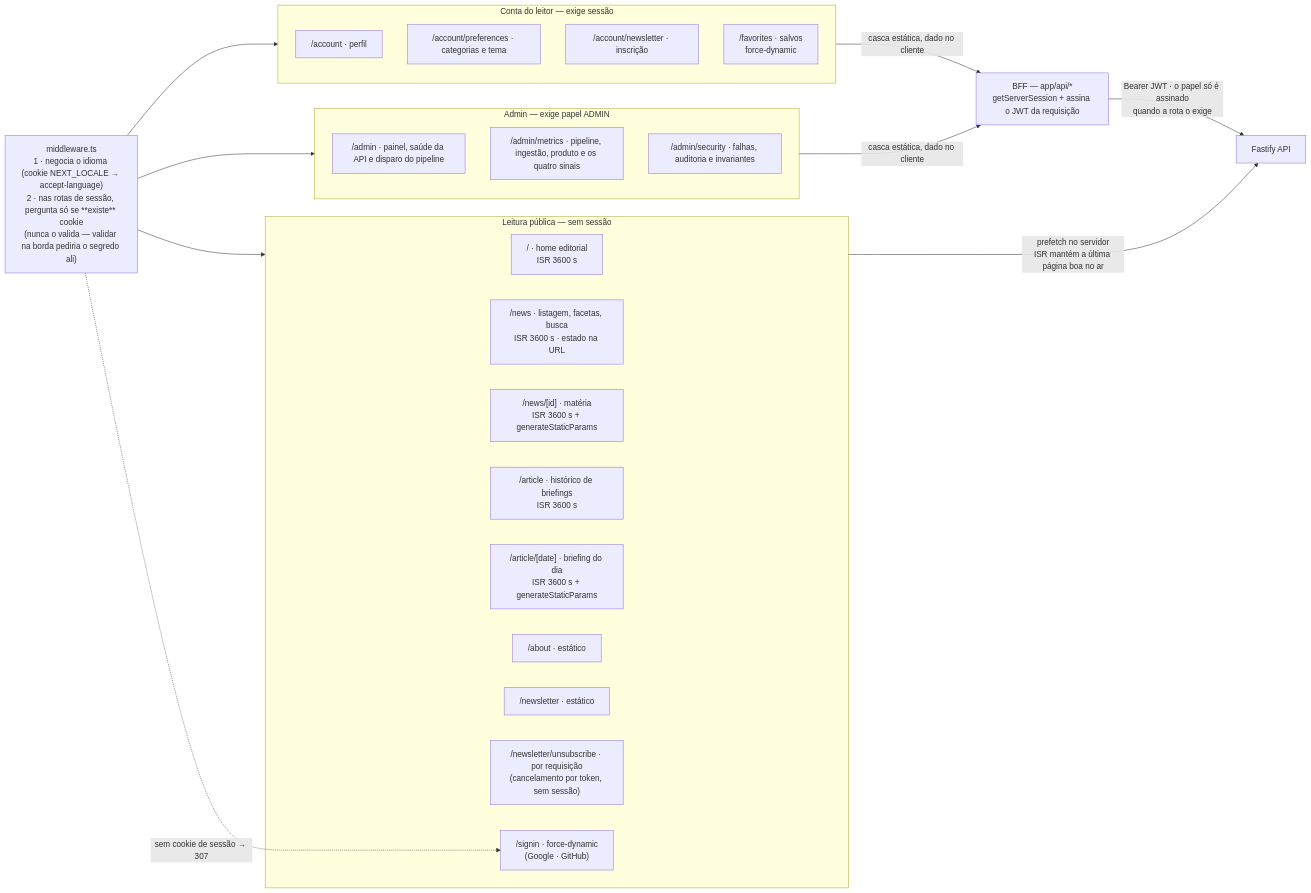
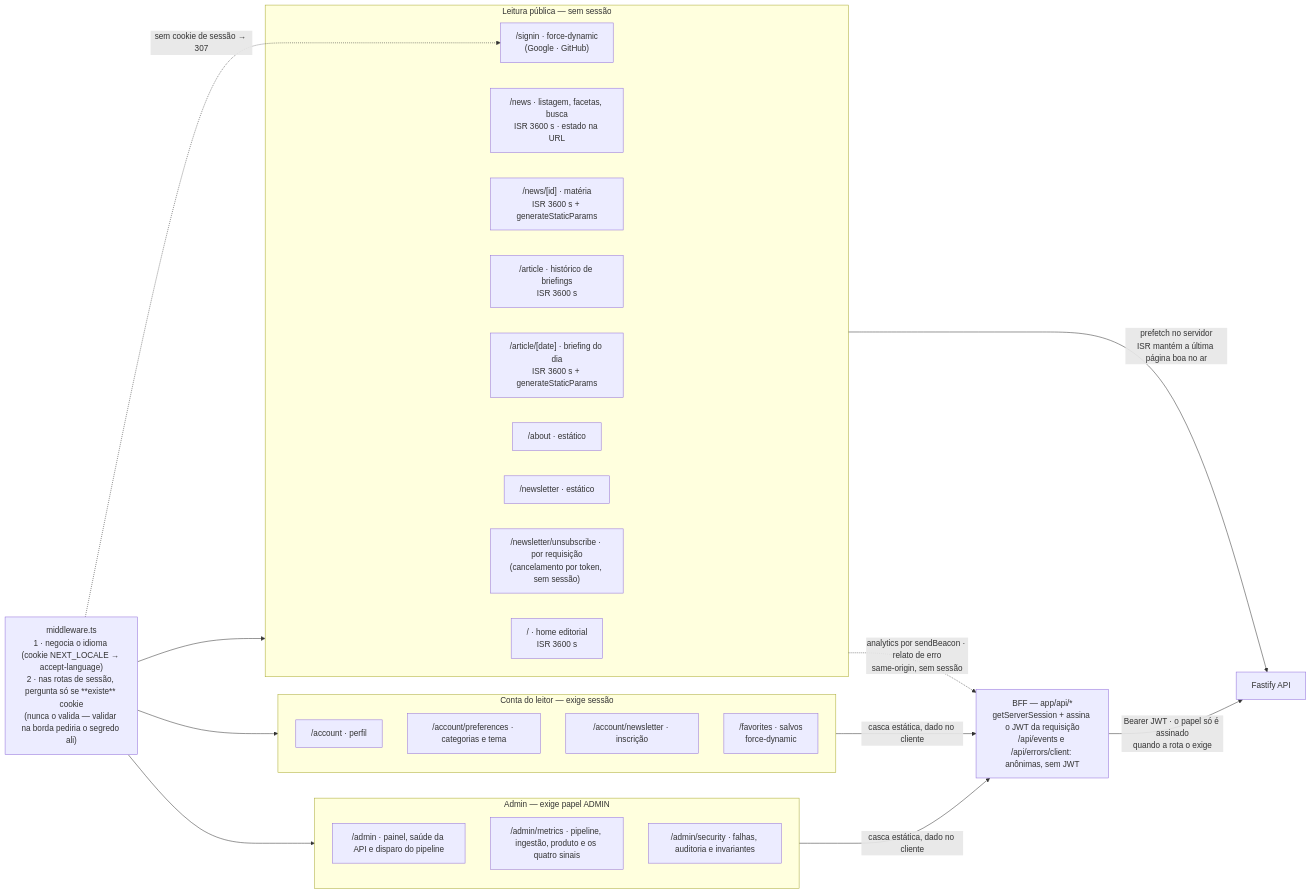
Before and after one commit to tavinholoco/newra-news: the diagram in docs/diagrams/frontend-routes.mermaid, drawn with Mermaid. The commit also changed 4 other files, not shown here.

```diff
--- a/docs/diagrams/frontend-routes.mermaid
+++ b/docs/diagrams/frontend-routes.mermaid
@@ -1,49 +1,50 @@
 %% Mapa de Rotas do Frontend — Newra News (V2)
 %% ---
 %% Criado em 01/09/2026. Existe porque o diagrama de arquitetura mostrava
 %% quatro rotas quando o produto já tinha quinze, e porque o modo de
 %% renderização de cada uma é decisão de projeto — não detalhe de build.
 %% ---
 %% Toda rota vive sob `app/[locale]`, e o prefixo de idioma está **sempre**
 %% presente (`localePrefix: 'always'`): `/pt-BR/...` e `/en/...`.
 flowchart LR
     MW["middleware.ts<br/>1 · negocia o idioma (cookie NEXT_LOCALE → accept-language)<br/>2 · nas rotas de sessão, pergunta só se **existe** cookie<br/>(nunca o valida — validar na borda pediria o segredo ali)"]
 
     subgraph Leitura["Leitura pública — sem sessão"]
         H["/ · home editorial<br/>ISR 3600 s"]
         N["/news · listagem, facetas, busca<br/>ISR 3600 s · estado na URL"]
         NI["/news/[id] · matéria<br/>ISR 3600 s + generateStaticParams"]
         A["/article · histórico de briefings<br/>ISR 3600 s"]
         AA["/article/[date] · briefing do dia<br/>ISR 3600 s + generateStaticParams"]
         AB["/about · estático"]
         NL["/newsletter · estático"]
         NU["/newsletter/unsubscribe · por requisição<br/>(cancelamento por token, sem sessão)"]
         SI["/signin · force-dynamic<br/>(Google · GitHub)"]
     end
 
     subgraph Conta["Conta do leitor — exige sessão"]
         AC["/account · perfil"]
         AP["/account/preferences · categorias e tema"]
         AN["/account/newsletter · inscrição"]
         FV["/favorites · salvos<br/>force-dynamic"]
     end
 
     subgraph Admin["Admin — exige papel ADMIN"]
         AD["/admin · painel, saúde da API e disparo do pipeline"]
         AM["/admin/metrics · pipeline, ingestão, produto e os quatro sinais"]
         AS["/admin/security · falhas, auditoria e invariantes"]
     end
 
     API["Fastify API"]
-    BFF["BFF — app/api/*<br/>getServerSession + assina o JWT da requisição"]
+    BFF["BFF — app/api/*<br/>getServerSession + assina o JWT da requisição<br/>/api/events e /api/errors/client: anônimas, sem JWT"]
 
     MW --> Leitura
     MW --> Conta
     MW --> Admin
 
     Leitura -->|"prefetch no servidor<br/>ISR mantém a última página boa no ar"| API
+    Leitura -.->|"analytics por sendBeacon · relato de erro<br/>same-origin, sem sessão"| BFF
     Conta -->|"casca estática, dado no cliente"| BFF
     Admin -->|"casca estática, dado no cliente"| BFF
     BFF -->|"Bearer JWT · o papel só é assinado<br/>quando a rota o exige"| API
 
     MW -.->|"sem cookie de sessão → 307"| SI
```
